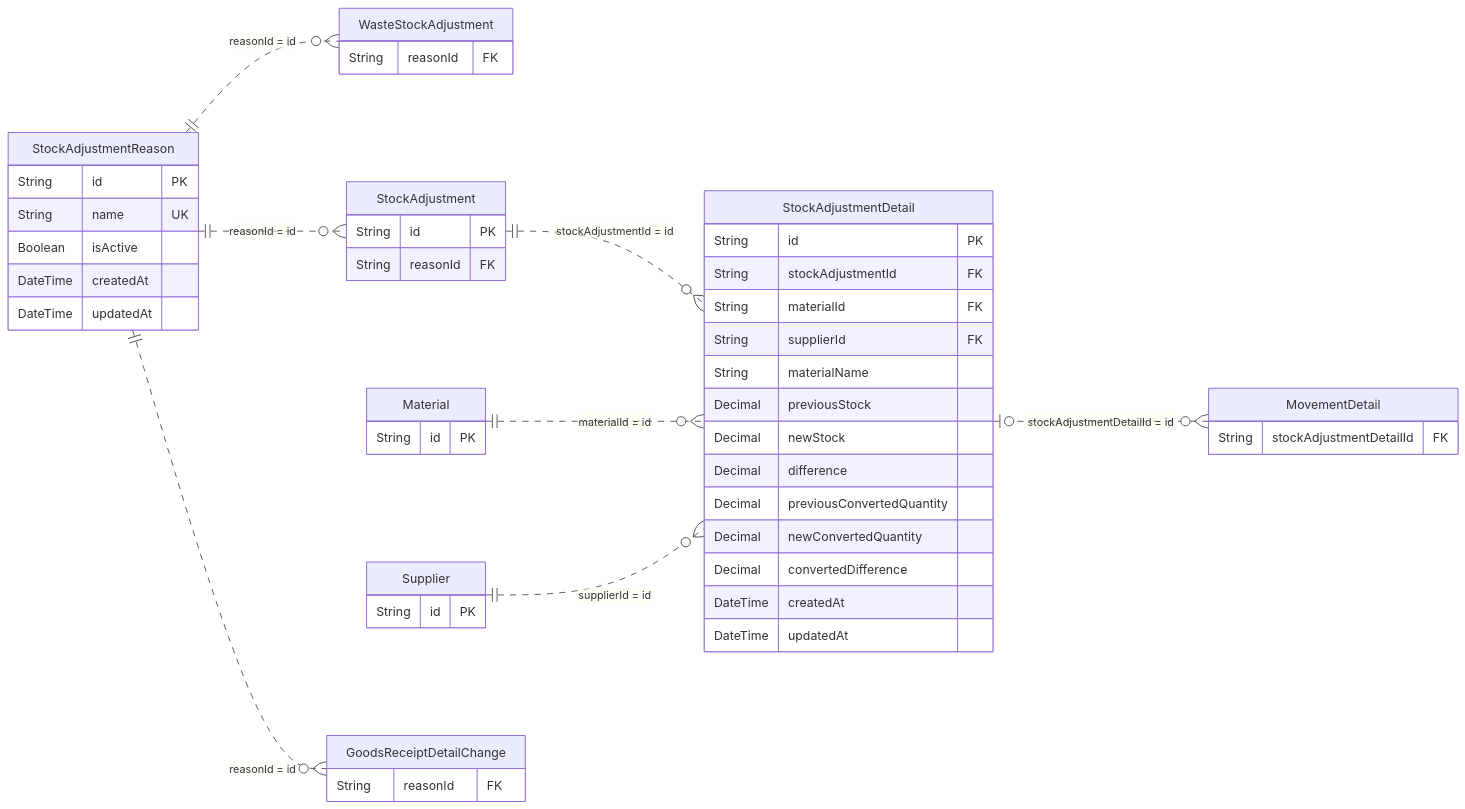
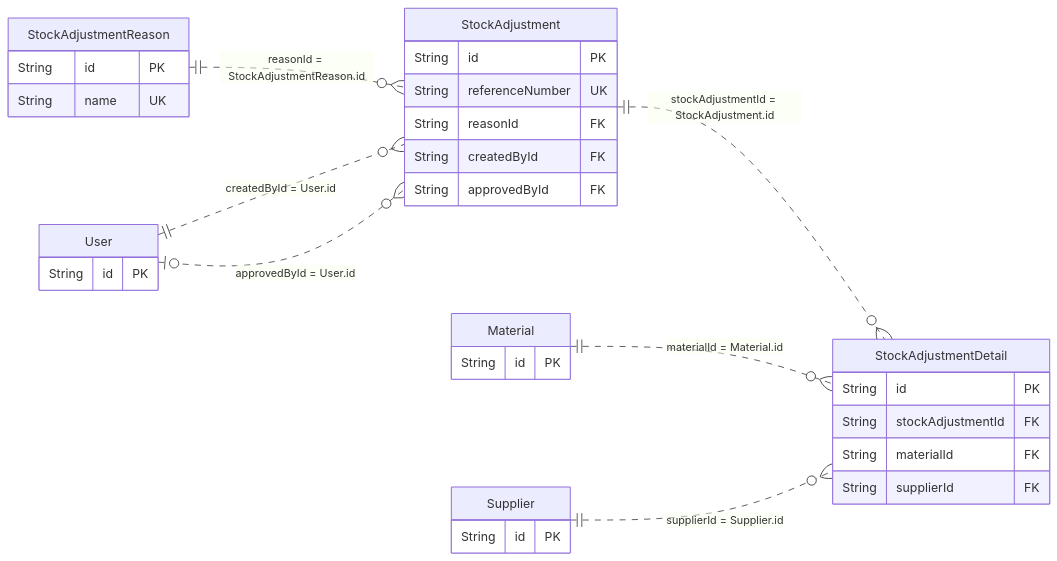
One commit to gpgsistemas01/nexus changed diagram 15 of 22 in docs/architecture/views/logical/data-and-persistence/generated/database-schema.md. Above: the diagram before and after it, drawn with Mermaid. The commit also changed other lines of this file and 4 other files, not shown here.

Commit message:
docs: simplificar vista lógica y aclarar relaciones del modelo ER

````diff
--- a/docs/architecture/views/logical/data-and-persistence/generated/database-schema.md
+++ b/docs/architecture/views/logical/data-and-persistence/generated/database-schema.md
@@ -732,52 +448,36 @@
 ```mermaid
 erDiagram
     direction LR
+    StockAdjustment {
+        String id PK
+        String referenceNumber UK
+        String reasonId FK
+        String createdById FK
+        String approvedById FK
+    }
     StockAdjustmentDetail {
         String id PK
         String stockAdjustmentId FK
         String materialId FK
         String supplierId FK
-        String materialName
-        Decimal previousStock
-        Decimal newStock
-        Decimal difference
-        Decimal previousConvertedQuantity
-        Decimal newConvertedQuantity
-        Decimal convertedDifference
-        DateTime createdAt
-        DateTime updatedAt
     }
     StockAdjustmentReason {
         String id PK
         String name UK
-        Boolean isActive
-        DateTime createdAt
-        DateTime updatedAt
     }
-    WasteStockAdjustment {
-        String reasonId FK
-    }
-    MovementDetail {
-        String stockAdjustmentDetailId FK
-    }
-    StockAdjustment {
+    User {
         String id PK
-        String reasonId FK
     }
     Material {
         String id PK
     }
     Supplier {
         String id PK
     }
-    GoodsReceiptDetailChange {
-        String reasonId FK
-    }
-    StockAdjustmentReason ||..o{ WasteStockAdjustment : "reasonId = id"
-    StockAdjustmentDetail o|..o{ MovementDetail : "stockAdjustmentDetailId = id"
-    StockAdjustmentReason ||..o{ StockAdjustment : "reasonId = id"
-    StockAdjustment ||..o{ StockAdjustmentDetail : "stockAdjustmentId = id"
-    Material ||..o{ StockAdjustmentDetail : "materialId = id"
-    Supplier ||..o{ StockAdjustmentDetail : "supplierId = id"
-    StockAdjustmentReason ||..o{ GoodsReceiptDetailChange : "reasonId = id"
+    StockAdjustmentReason ||..o{ StockAdjustment : "reasonId = StockAdjustmentReason.id"
+    User ||..o{ StockAdjustment : "createdById = User.id"
+    User o|..o{ StockAdjustment : "approvedById = User.id"
+    StockAdjustment ||..o{ StockAdjustmentDetail : "stockAdjustmentId = StockAdjustment.id"
+    Material ||..o{ StockAdjustmentDetail : "materialId = Material.id"
+    Supplier ||..o{ StockAdjustmentDetail : "supplierId = Supplier.id"
 ```
````
